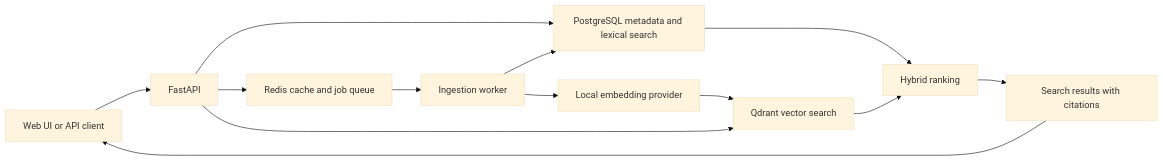
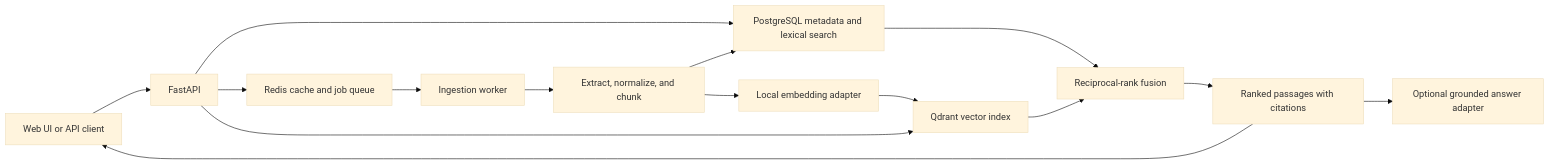
Before and after one commit to MelvinAbes/enterprise-knowledge-search: the diagram in README.md, drawn with Mermaid (base theme). The commit also changed other lines of this file and 11 other files, not shown here.

````diff
--- a/README.md
+++ b/README.md
@@ -30,15 +34,17 @@
 ```mermaid
 flowchart LR
     Client["Web UI or API client"] --> API["FastAPI"]
     API --> PostgreSQL["PostgreSQL metadata and lexical search"]
     API --> Redis["Redis cache and job queue"]
     Redis --> Worker["Ingestion worker"]
-    Worker --> PostgreSQL
-    Worker --> Embeddings["Local embedding provider"]
-    Embeddings --> Qdrant["Qdrant vector search"]
+    Worker --> Extract["Extract, normalize, and chunk"]
+    Extract --> Embeddings["Local embedding adapter"]
+    Extract --> PostgreSQL
+    Embeddings --> Qdrant["Qdrant vector index"]
     API --> Qdrant
-    PostgreSQL --> Ranking["Hybrid ranking"]
-    Qdrant --> Ranking
-    Ranking --> Citations["Search results with citations"]
+    PostgreSQL --> Fusion["Reciprocal-rank fusion"]
+    Qdrant --> Fusion
+    Fusion --> Citations["Ranked passages with citations"]
     Citations --> Client
+    Citations --> Answers["Optional grounded answer adapter"]
 ```
````
